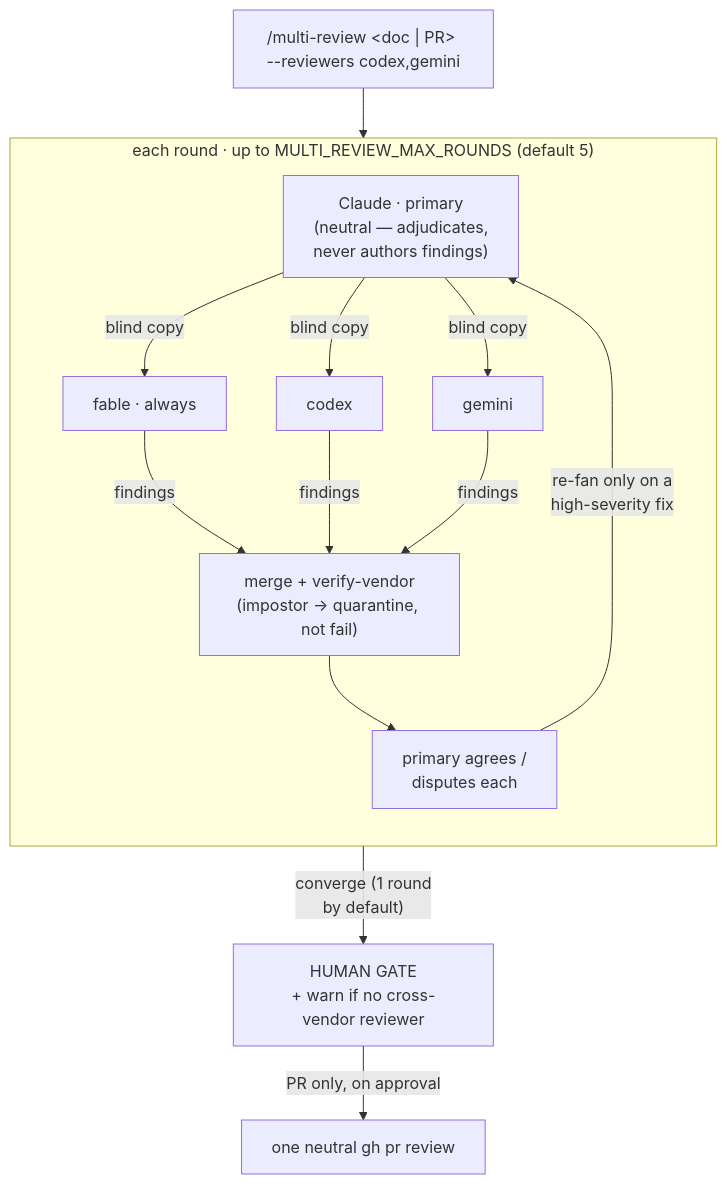
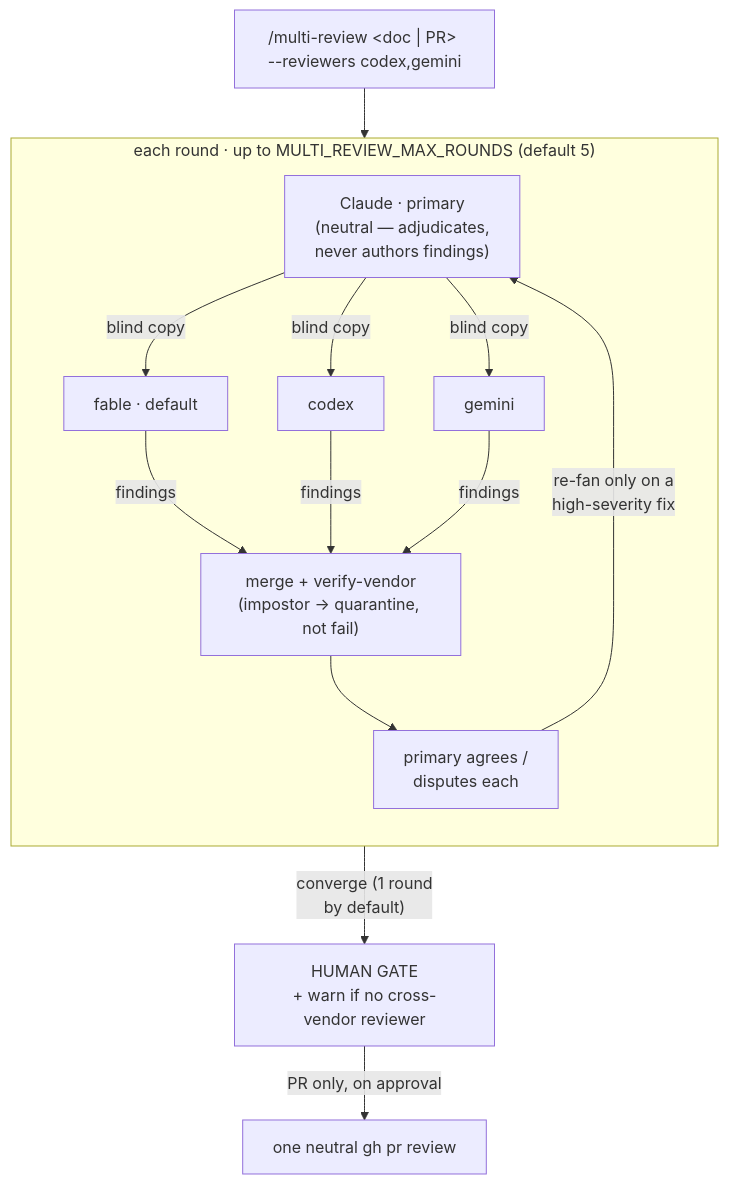
One commit to agrology/multi-review changed the diagram in README.md. Above: the diagram before and after it, drawn with Mermaid. The commit also changed other lines of this file and 8 other files, not shown here.

````diff
--- a/README.md
+++ b/README.md
@@ -16,16 +17,16 @@
 ```mermaid
 flowchart TB
   A["/multi-review &lt;doc | PR&gt; --reviewers codex,gemini"] --> P
   subgraph R["each round · up to MULTI_REVIEW_MAX_ROUNDS (default 5)"]
     direction TB
     P["Claude · primary<br/>(neutral — adjudicates,<br/>never authors findings)"]
-    P -- blind copy --> F["fable · always"]
+    P -- blind copy --> F["fable · default"]
     P -- blind copy --> C["codex"]
     P -- blind copy --> G["gemini"]
     F & C & G -- findings --> M["merge + verify-vendor<br/>(impostor → quarantine, not fail)"]
     M --> J["primary agrees /<br/>disputes each"]
     J -- "re-fan only on a<br/>high-severity fix" --> P
   end
   J -- "converge (1 round<br/>by default)" --> H["HUMAN GATE<br/>+ warn if no cross-vendor reviewer"]
   H -- "PR only, on approval" --> Pub["one neutral gh pr review"]
 ```
````
